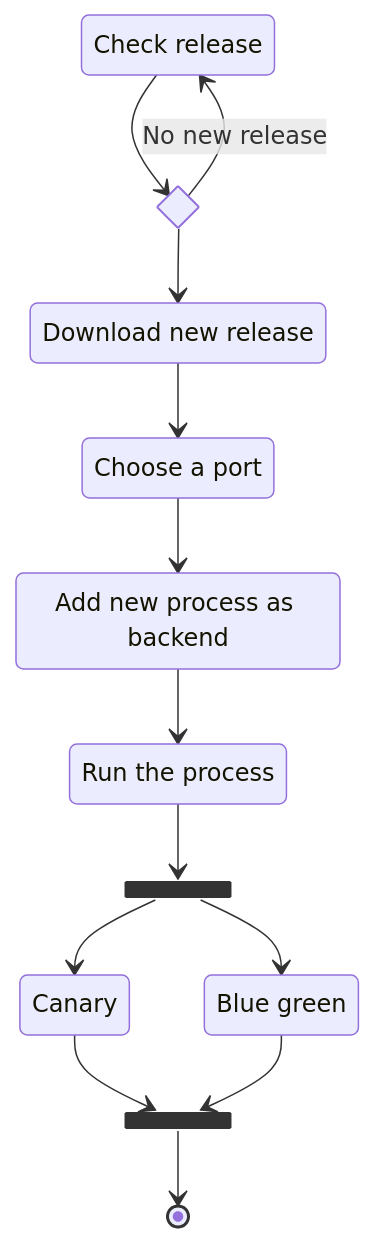
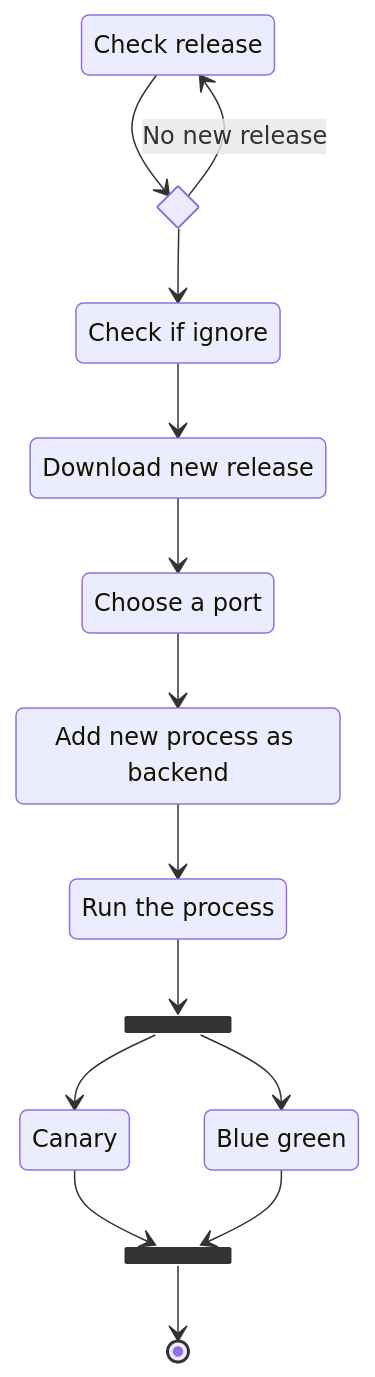
One commit to anddimario/interstellar changed the first of 4 diagrams in README.md. Above: the diagram before and after it, drawn with Mermaid. The commit also changed other lines of this file and 6 other files, not shown here.

````diff
--- a/README.md
+++ b/README.md
@@ -20,25 +21,27 @@
 ```mermaid
 stateDiagram-v2
-    check: Check release
-    download: Download new release
-    choose_port: Choose a port
-    add_backend: Add new process as backend
-    create_vm: Run the process
-    canary: Canary
-    blue_green: Blue green
-    state new_release <<choice>>
-    state deploy_type <<fork>>
-    state done_deploy <<join>>
-    check --> new_release
-    new_release --> check : No new release
-    new_release --> download
-    download --> choose_port
-    choose_port --> add_backend 
-    add_backend --> create_vm
-    create_vm --> deploy_type
-    deploy_type --> canary
-    deploy_type --> blue_green
-    canary --> done_deploy
-    blue_green --> done_deploy
-    done_deploy --> [*]
+  check_ignore: Check if ignore
+  check: Check release
+  download: Download new release
+  choose_port: Choose a port
+  add_backend: Add new process as backend
+  create_vm: Run the process
+  canary: Canary
+  blue_green: Blue green
+  state new_release <<choice>>
+  state deploy_type <<fork>>
+  state done_deploy <<join>>
+  check --> new_release
+  new_release --> check : No new release
+  new_release --> check_ignore
+  check_ignore --> download
+  download --> choose_port
+  choose_port --> add_backend 
+  add_backend --> create_vm
+  create_vm --> deploy_type
+  deploy_type --> canary
+  deploy_type --> blue_green
+  canary --> done_deploy
+  blue_green --> done_deploy
+  done_deploy --> [*]
 ```
````
